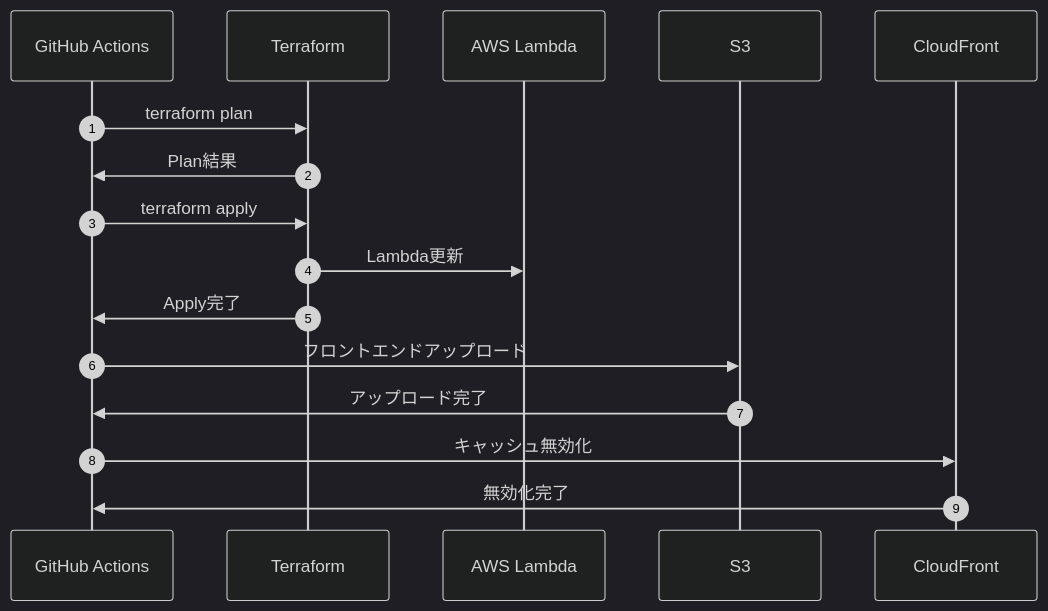
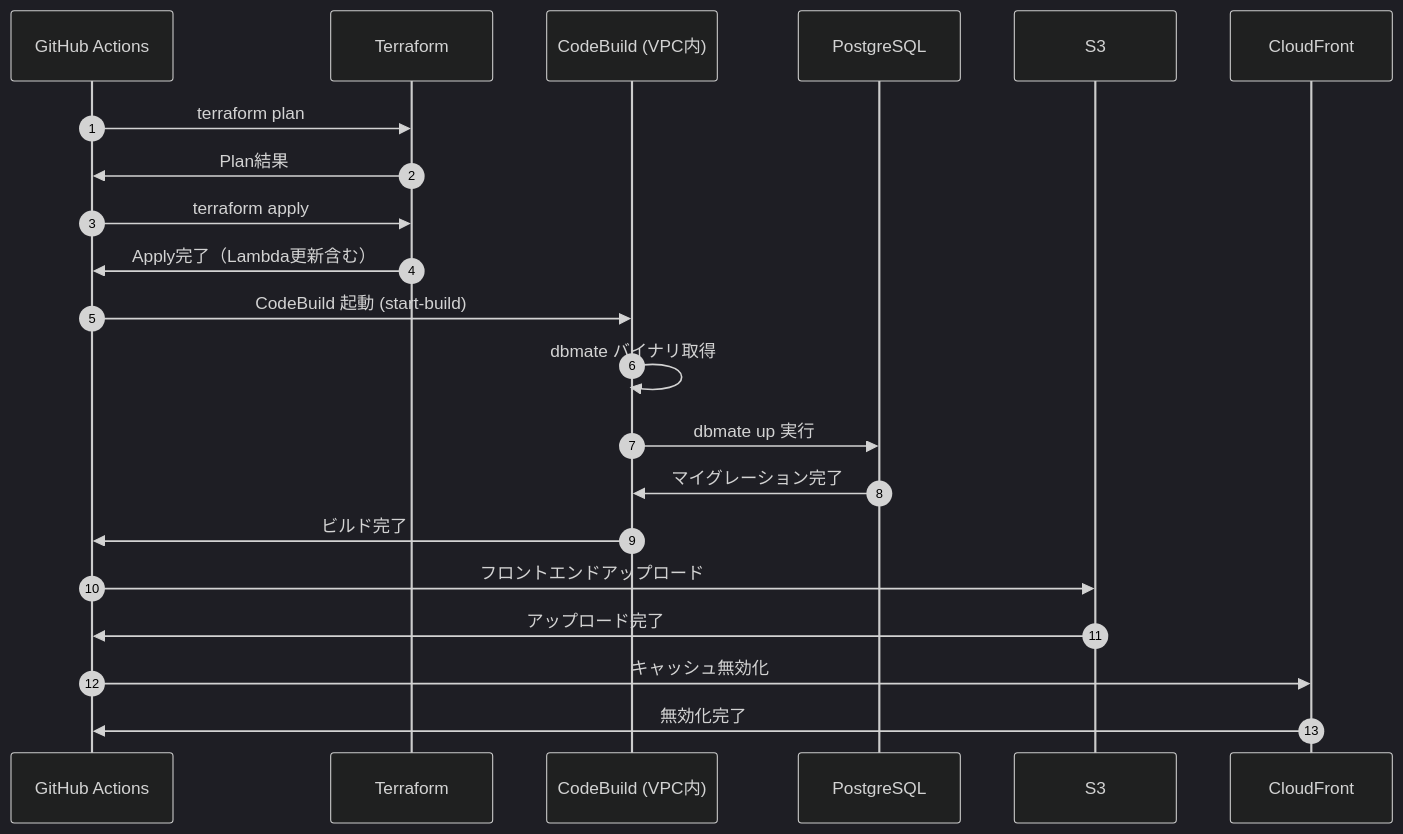
Before and after one commit to MizukiAono/zousho: the ninth of 14 diagrams in docs/cicd-design.md, drawn with Mermaid (dark theme). The commit also changed other lines of this file and 2 other files, not shown here.

````diff
--- a/docs/cicd-design.md
+++ b/docs/cicd-design.md
@@ -235,19 +248,24 @@
 ```mermaid
 sequenceDiagram
     autonumber
     participant GH as GitHub Actions
     participant TF as Terraform
-    participant Lambda as AWS Lambda
+    participant CB as CodeBuild (VPC内)
+    participant RDS as PostgreSQL
     participant S3 as S3
     participant CF as CloudFront
 
     GH->>TF: terraform plan
     TF->>GH: Plan結果
     GH->>TF: terraform apply
-    TF->>Lambda: Lambda更新
-    TF->>GH: Apply完了
+    TF->>GH: Apply完了（Lambda更新含む）
+    GH->>CB: CodeBuild 起動 (start-build)
+    CB->>CB: dbmate バイナリ取得
+    CB->>RDS: dbmate up 実行
+    RDS->>CB: マイグレーション完了
+    CB->>GH: ビルド完了
     GH->>S3: フロントエンドアップロード
     S3->>GH: アップロード完了
     GH->>CF: キャッシュ無効化
     CF->>GH: 無効化完了
 ```
````
